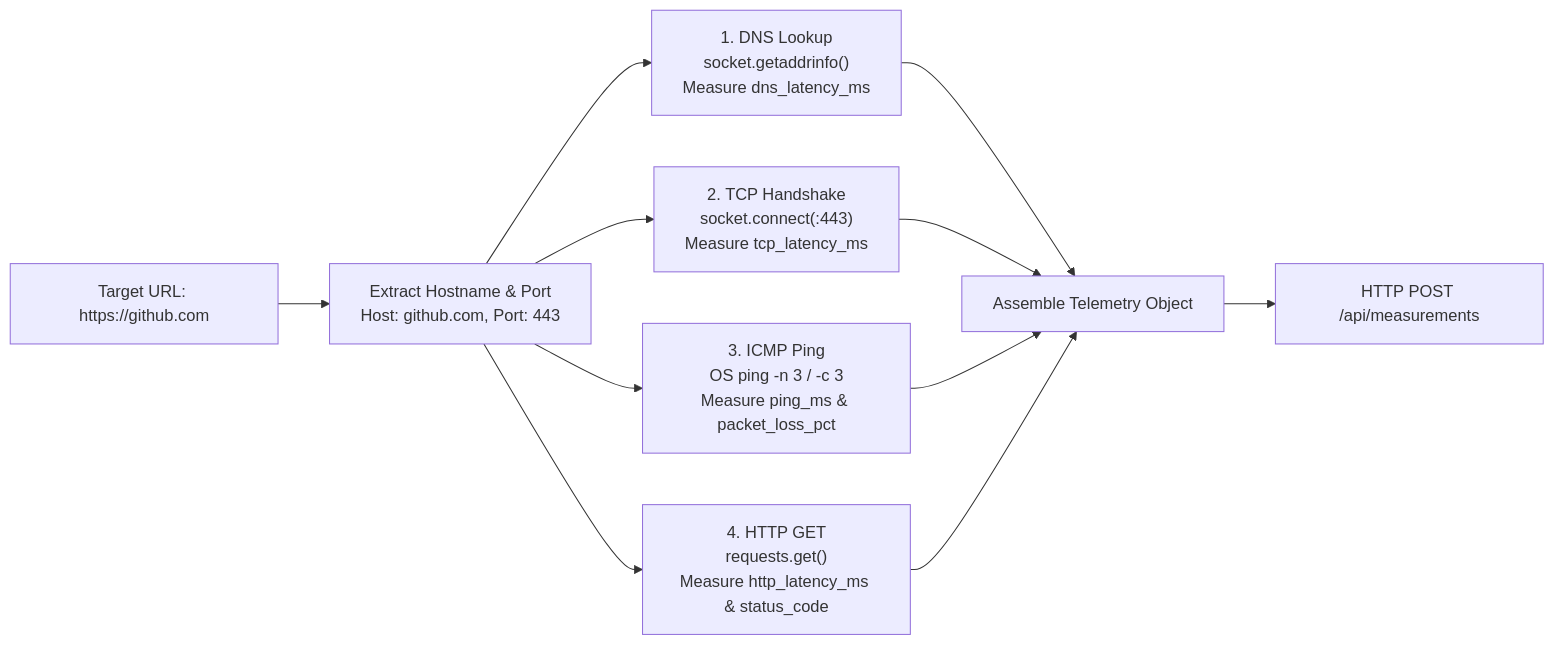
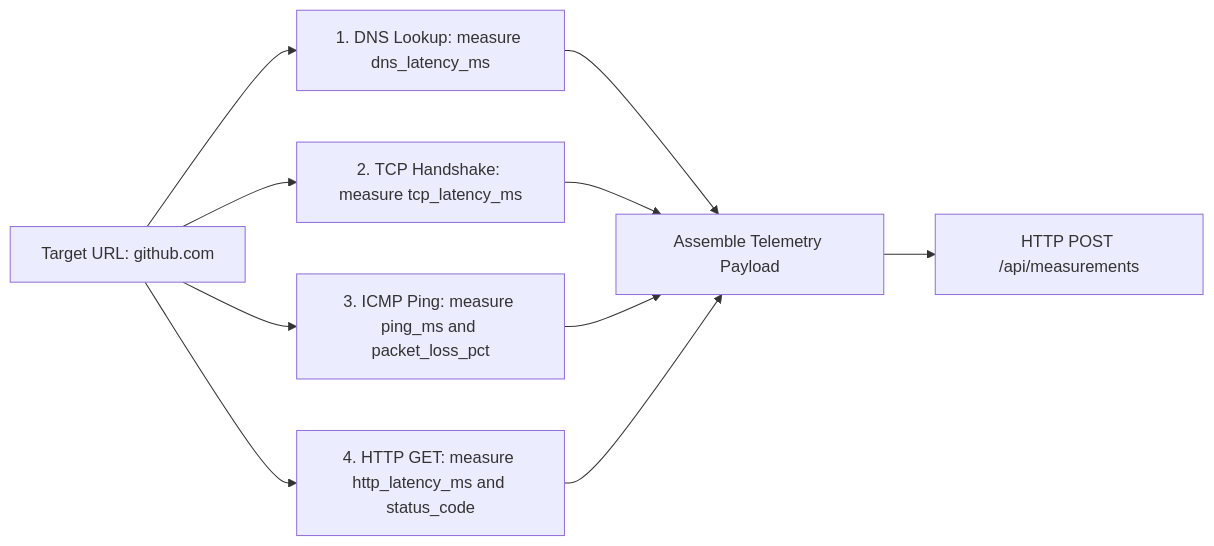
Before and after one commit to lEREHl/Internet_Outage_Intelligence_Platform_Stage_2: the second of 5 diagrams in ARCHITECTURE_V2.md, drawn with Mermaid. The commit also changed other lines of this file and 1 other file, not shown here.

````diff
--- a/ARCHITECTURE_V2.md
+++ b/ARCHITECTURE_V2.md
@@ -108,16 +108,14 @@
 ```mermaid
 flowchart LR
-    TargetURL["Target URL: https://github.com"] --> Parse["Extract Hostname & Port<br/>Host: github.com, Port: 443"]
+    TargetURL["Target URL: github.com"] --> Step1["1. DNS Lookup: measure dns_latency_ms"]
+    TargetURL --> Step2["2. TCP Handshake: measure tcp_latency_ms"]
+    TargetURL --> Step3["3. ICMP Ping: measure ping_ms and packet_loss_pct"]
+    TargetURL --> Step4["4. HTTP GET: measure http_latency_ms and status_code"]
 
-    Parse --> Step1["1. DNS Lookup<br/>socket.getaddrinfo()<br/>Measure dns_latency_ms"]
-    Parse --> Step2["2. TCP Handshake<br/>socket.connect(:443)<br/>Measure tcp_latency_ms"]
-    Parse --> Step3["3. ICMP Ping<br/>OS ping -n 3 / -c 3<br/>Measure ping_ms & packet_loss_pct"]
-    Parse --> Step4["4. HTTP GET<br/>requests.get()<br/>Measure http_latency_ms & status_code"]
-
-    Step1 --> Collect["Assemble Telemetry Object"]
+    Step1 --> Collect["Assemble Telemetry Payload"]
     Step2 --> Collect
     Step3 --> Collect
     Step4 --> Collect
 
     Collect --> Dispatch["HTTP POST /api/measurements"]
 ```
````
